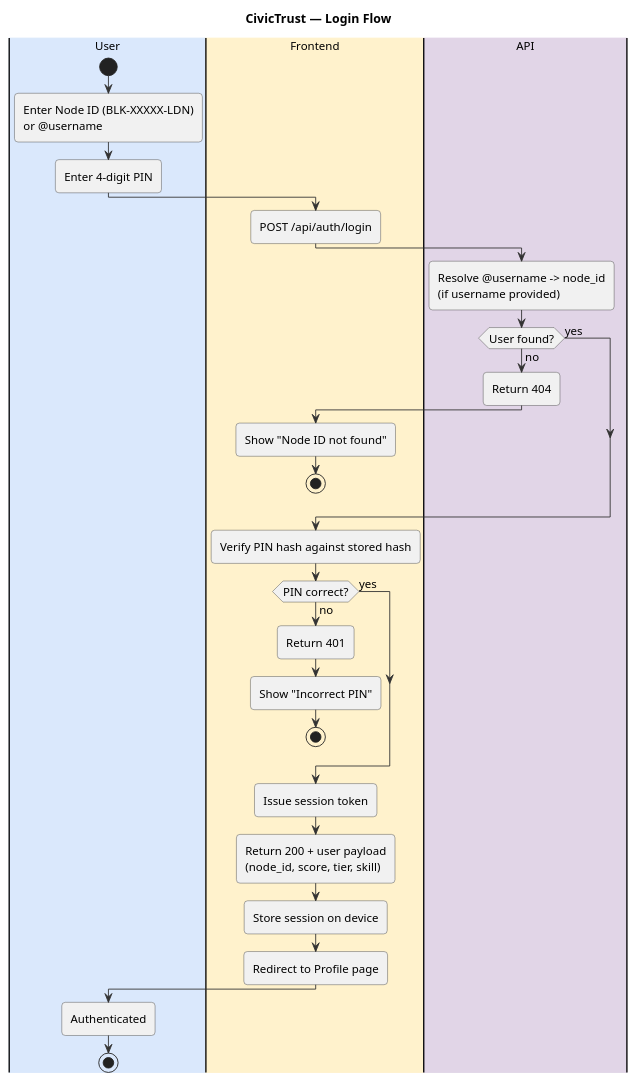
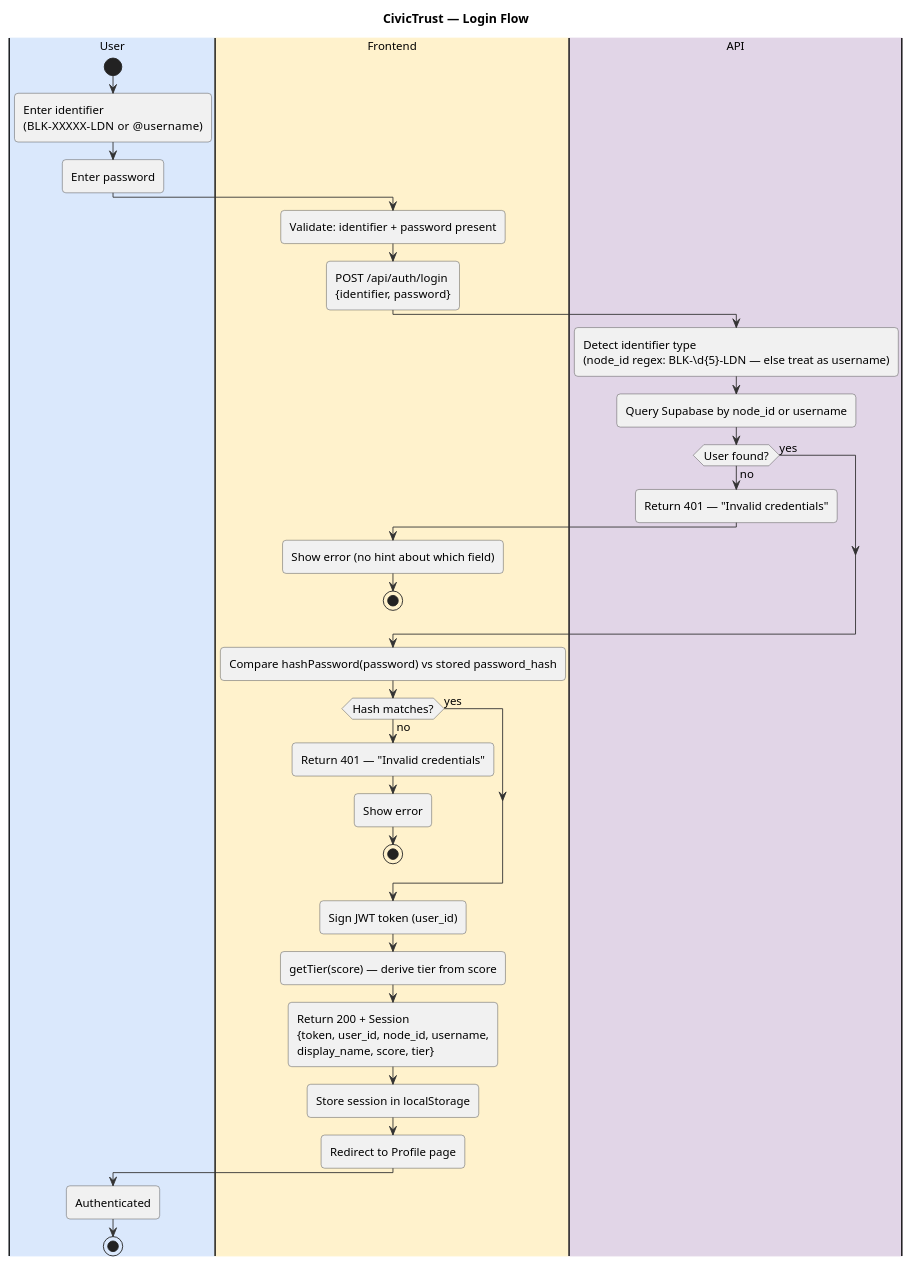
Before and after one commit to RayyanAbzal/google-hackathon-2026: the diagram in docs/login.puml, drawn with PlantUML. The commit also changed 6 other files, not shown here.

First line of the commit message:
chore: replace PIN with password, remove skill from registration

```diff
--- a/docs/login.puml
+++ b/docs/login.puml
@@ -1,48 +1,51 @@
 @startuml
 skinparam backgroundColor #ffffff
 skinparam defaultFontSize 13
 skinparam roundcorner 8
 skinparam activityBorderColor #444444
 skinparam activityArrowColor #333333
 
 title CivicTrust — Login Flow
 
 |#dae8fc|User|
 start
-:Enter Node ID (BLK-XXXXX-LDN)\nor @username;
-:Enter 4-digit PIN;
+:Enter identifier\n(BLK-XXXXX-LDN  or  @username);
+:Enter password;
 
 |#fff2cc|Frontend|
-:POST /api/auth/login;
+:Validate: identifier + password present;
+:POST /api/auth/login\n{identifier, password};
 
 |#e1d5e7|API|
-:Resolve @username -> node_id\n(if username provided);
+:Detect identifier type\n(node_id regex: BLK-\d{5}-LDN — else treat as username);
+:Query Supabase by node_id or username;
 if (User found?) then (no)
-  :Return 404;
+  :Return 401 — "Invalid credentials";
   |#fff2cc|Frontend|
-  :Show "Node ID not found";
+  :Show error (no hint about which field);
   stop
 else (yes)
 endif
 
-:Verify PIN hash against stored hash;
-if (PIN correct?) then (no)
-  :Return 401;
+:Compare hashPassword(password) vs stored password_hash;
+if (Hash matches?) then (no)
+  :Return 401 — "Invalid credentials";
   |#fff2cc|Frontend|
-  :Show "Incorrect PIN";
+  :Show error;
   stop
 else (yes)
 endif
 
-:Issue session token;
-:Return 200 + user payload\n(node_id, score, tier, skill);
+:Sign JWT token (user_id);
+:getTier(score) — derive tier from score;
+:Return 200 + Session\n{token, user_id, node_id, username,\ndisplay_name, score, tier};
 
 |#fff2cc|Frontend|
-:Store session on device;
+:Store session in localStorage;
 :Redirect to Profile page;
 
 |#dae8fc|User|
 :Authenticated;
 
 stop
 @enduml
```
